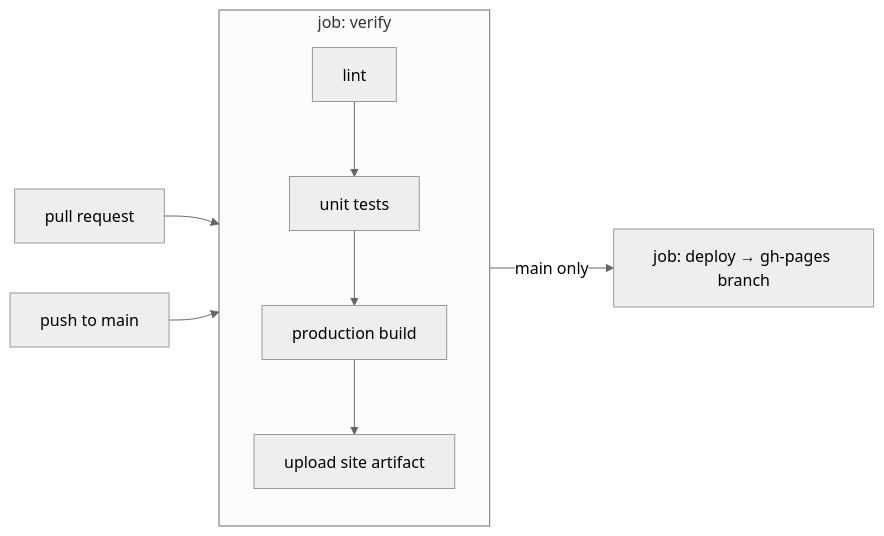
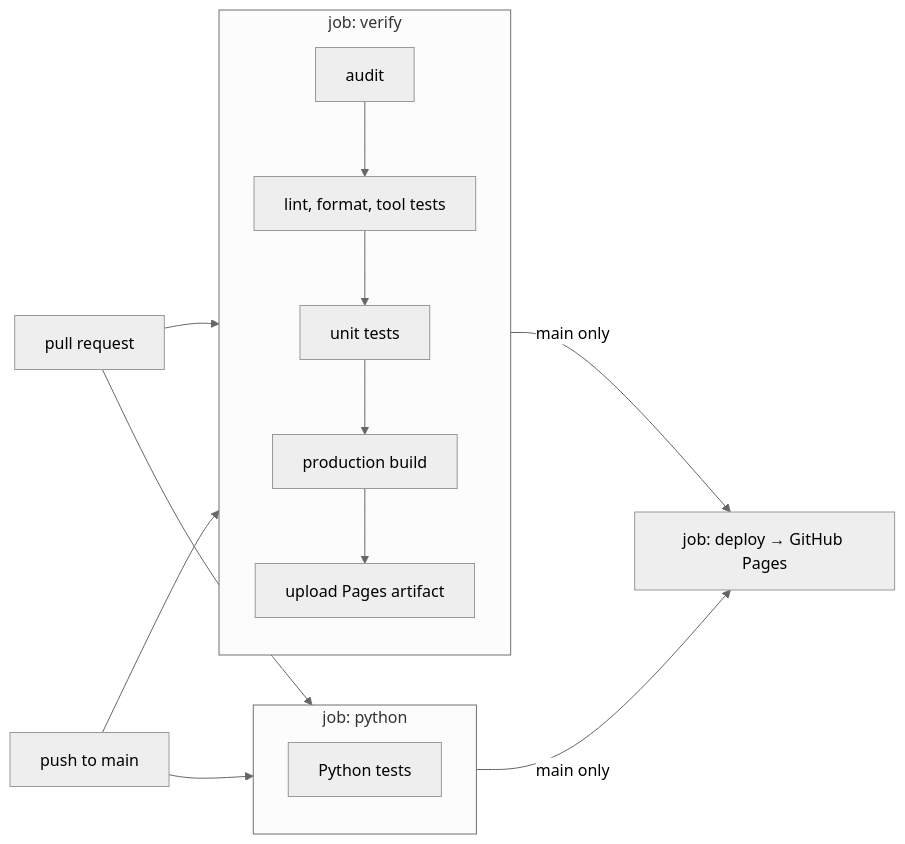
Before and after one commit to visualengineers/glyphspace: the diagram in docs/development/deployment.md, drawn with Mermaid (neutral theme). The commit also changed other lines of this file and 11 other files, not shown here.

````diff
--- a/docs/development/deployment.md
+++ b/docs/development/deployment.md
@@ -9,9 +9,15 @@
 ```mermaid
 flowchart LR
     PR[pull request] --> V
+    PR --> P
     Push[push to main] --> V
+    Push --> P
     subgraph V[job: verify]
-        L[lint] --> T[unit tests] --> B[production build] --> U[upload site artifact]
+        A[audit] --> L[lint, format, tool tests] --> T[unit tests] --> B[production build] --> U[upload Pages artifact]
     end
-    V -->|main only| D[job: deploy → gh-pages branch]
+    subgraph P[job: python]
+        PT[Python tests]
+    end
+    V -->|main only| D[job: deploy → GitHub Pages]
+    P -->|main only| D
 ```
````
